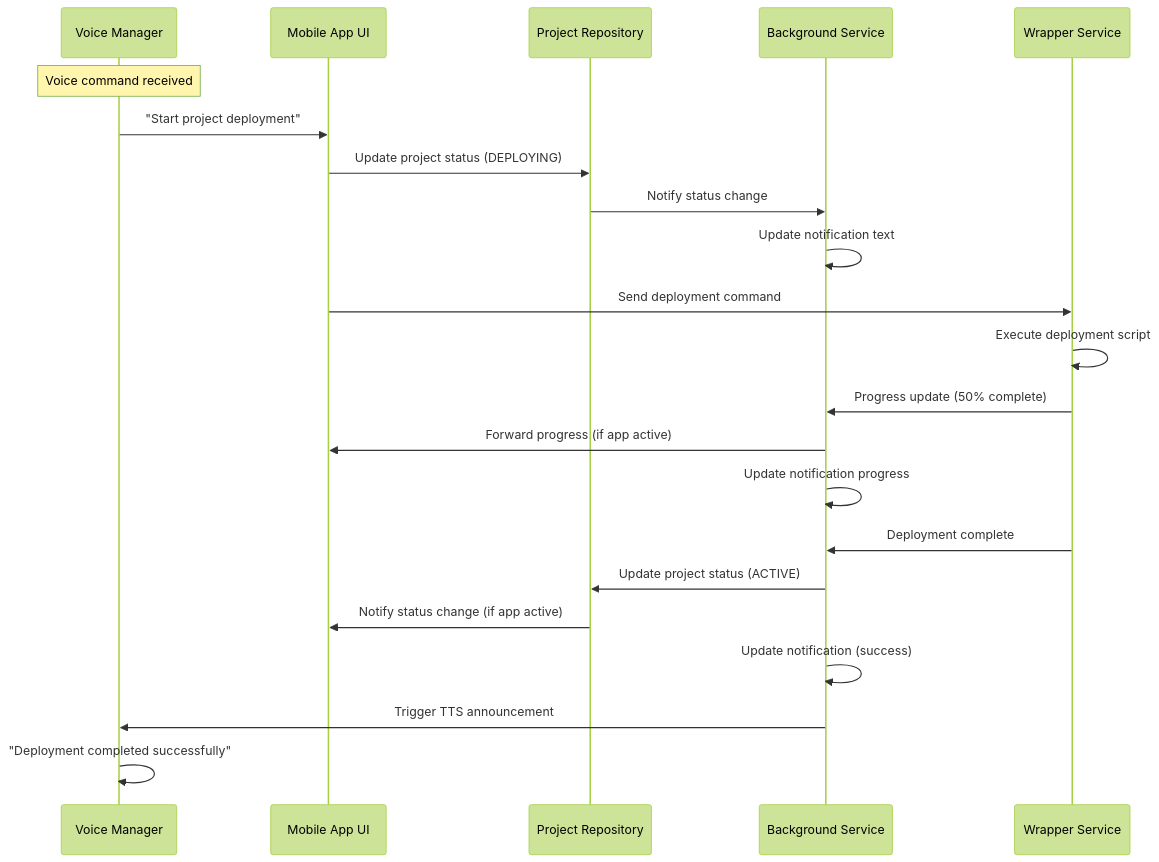
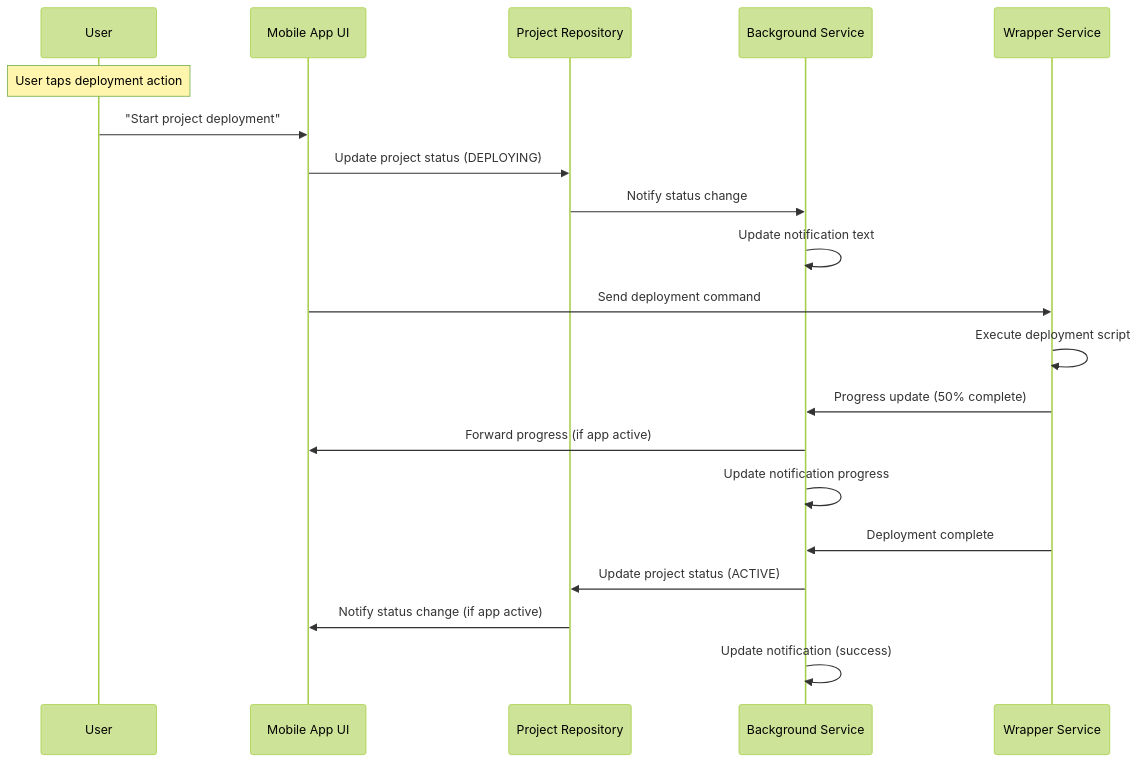
Before and after one commit to bebsworthy/pocket_agent: the eighth of 15 diagrams in documentation/project.spec.md, drawn with Mermaid (forest theme). The commit also changed other lines of this file and 5 other files, not shown here.

````diff
--- a/documentation/project.spec.md
+++ b/documentation/project.spec.md
@@ -424,27 +390,25 @@
 ```mermaid
 sequenceDiagram
-    participant V as Voice Manager
+    participant U as User
     participant M as Mobile App UI
     participant P as Project Repository
     participant BS as Background Service
     participant W as Wrapper Service
     
-    Note over V: Voice command received
-    V->>M: "Start project deployment"
+    Note over U: User taps deployment action
+    U->>M: "Start project deployment"
     M->>P: Update project status (DEPLOYING)
     P->>BS: Notify status change
     BS->>BS: Update notification text
     
     M->>W: Send deployment command
     W->>W: Execute deployment script
     W->>BS: Progress update (50% complete)
     BS->>M: Forward progress (if app active)
     BS->>BS: Update notification progress
     
     W->>BS: Deployment complete
     BS->>P: Update project status (ACTIVE)
     P->>M: Notify status change (if app active)
     BS->>BS: Update notification (success)
-    BS->>V: Trigger TTS announcement
-    V->>V: "Deployment completed successfully"
 ```
````
